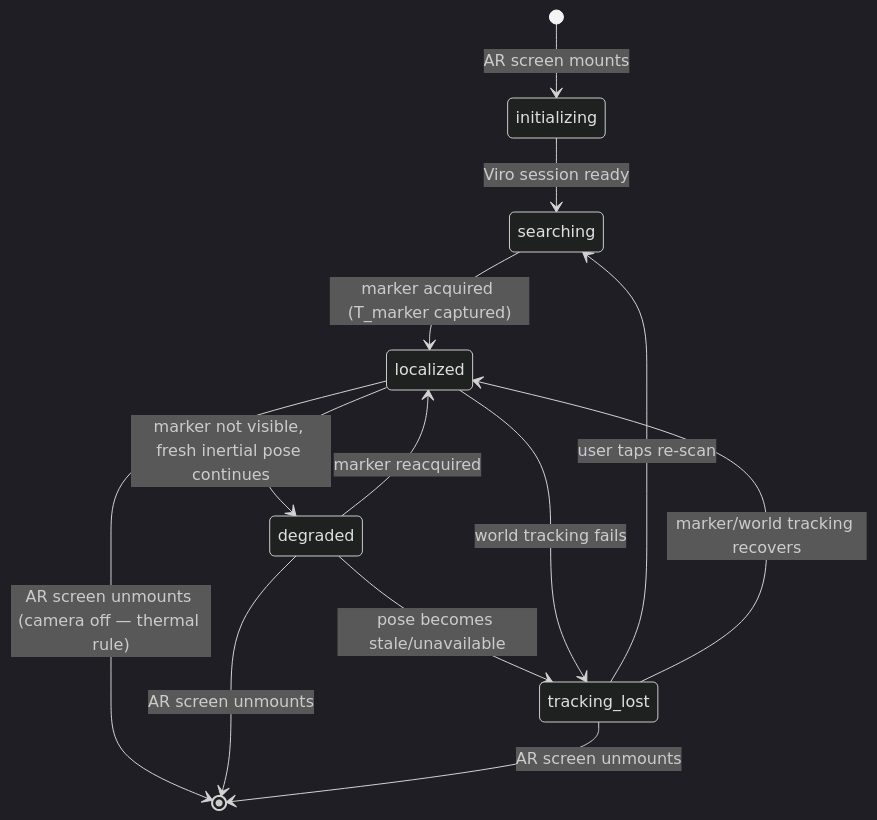
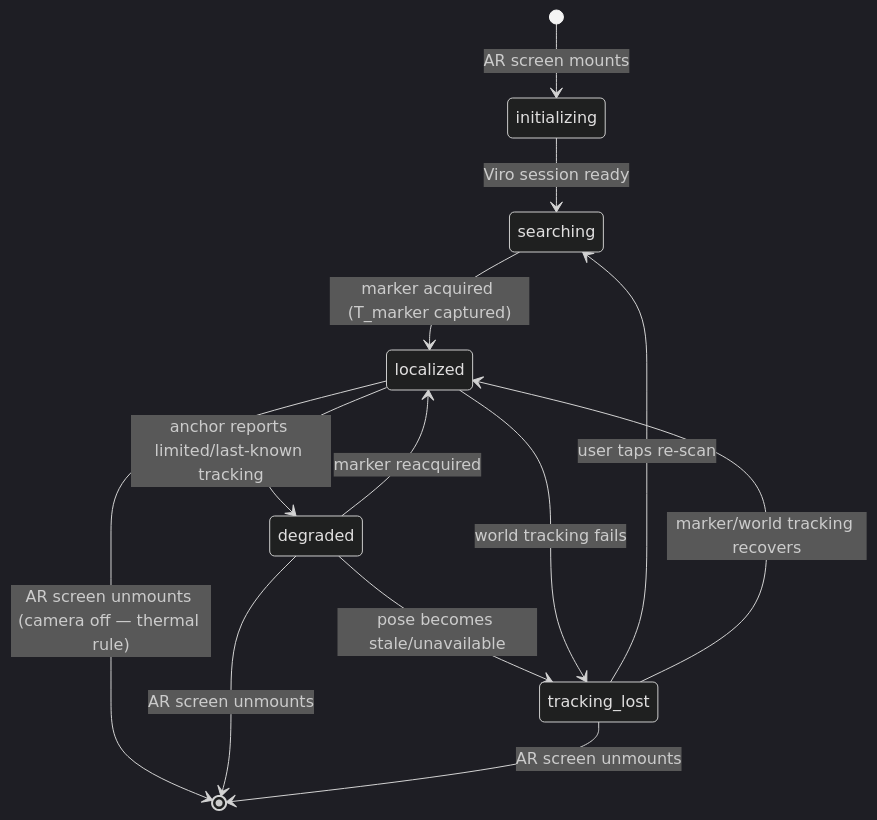
One commit to Vaibtan/CodexWars changed the ninth of 9 diagrams in ARCHITECTURE.md. Above: the diagram before and after it, drawn with Mermaid (dark theme). The commit also changed other lines of this file and 14 other files, not shown here.

````diff
--- a/ARCHITECTURE.md
+++ b/ARCHITECTURE.md
@@ -256,15 +257,15 @@
 ```mermaid
 stateDiagram-v2
     [*] --> initializing: AR screen mounts
     initializing --> searching: Viro session ready
     searching --> localized: marker acquired (T_marker captured)
-    localized --> degraded: marker not visible, fresh inertial pose continues
+    localized --> degraded: anchor reports limited/last-known tracking
     degraded --> localized: marker reacquired
     degraded --> tracking_lost: pose becomes stale/unavailable
     localized --> tracking_lost: world tracking fails
     tracking_lost --> searching: user taps re-scan
     tracking_lost --> localized: marker/world tracking recovers
     localized --> [*]: AR screen unmounts (camera off — thermal rule)
     degraded --> [*]: AR screen unmounts
     tracking_lost --> [*]: AR screen unmounts
 ```
````
